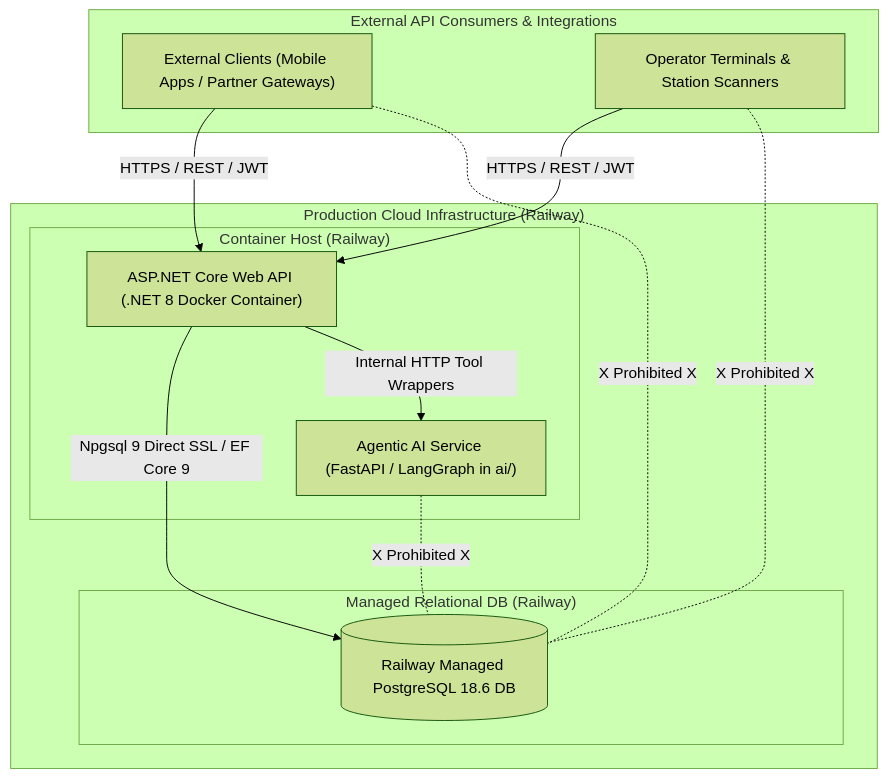
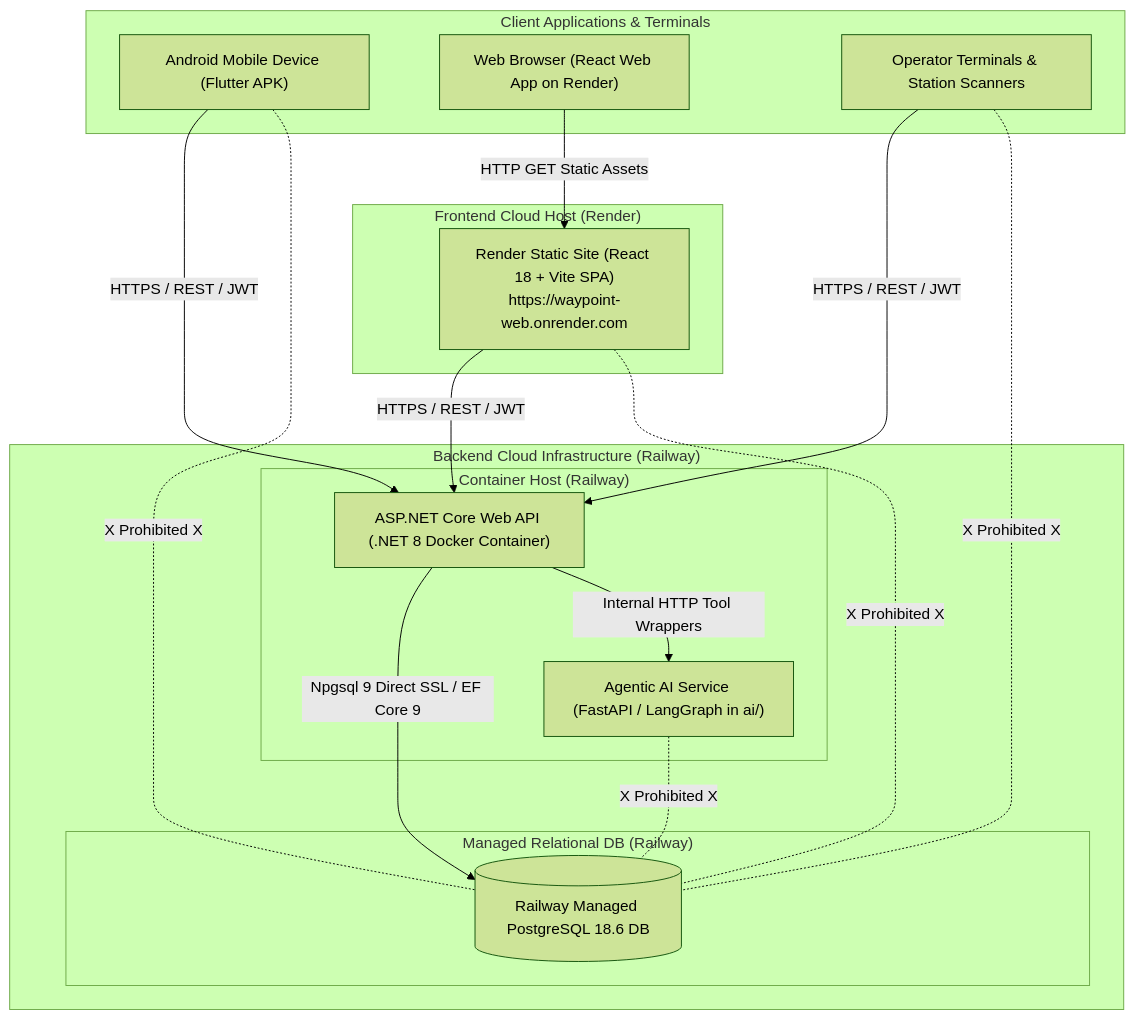
The diagram in docs/architecture/deployment-architecture.md (NuhadhMohomed/WayPoint), drawn with Mermaid (forest theme) before and after one commit. The commit also changed other lines of this file and 9 other files, not shown here.

````diff
--- a/docs/architecture/deployment-architecture.md
+++ b/docs/architecture/deployment-architecture.md
@@ -11,28 +11,36 @@
 ```mermaid
 graph TB
-    subgraph Consumers["External API Consumers & Integrations"]
-        ExtClients["External Clients (Mobile Apps / Partner Gateways)"]
+    subgraph ClientDevices["Client Applications & Terminals"]
+        MobileDevice["Android Mobile Device (Flutter APK)"]
+        Browser["Web Browser (React Web App on Render)"]
         Operators["Operator Terminals & Station Scanners"]
     end
 
-    subgraph CloudInfra["Production Cloud Infrastructure (Railway)"]
+    subgraph StaticHosting["Frontend Cloud Host (Render)"]
+        RenderStatic["Render Static Site (React 18 + Vite SPA)\nhttps://waypoint-web.onrender.com"]
+    end
+
+    subgraph CloudInfra["Backend Cloud Infrastructure (Railway)"]
         subgraph ContainerHosting["Container Host (Railway)"]
             APIApp["ASP.NET Core Web API (.NET 8 Docker Container)"]
             AIModule["Agentic AI Service (FastAPI / LangGraph in ai/)"]
         end
 
         subgraph ManagedDB["Managed Relational DB (Railway)"]
             PostgresCloud[(Railway Managed PostgreSQL 18.6 DB)]
         end
     end
 
-    ExtClients -->|HTTPS / REST / JWT| APIApp
+    Browser -->|HTTP GET Static Assets| RenderStatic
+    RenderStatic -->|HTTPS / REST / JWT| APIApp
+    MobileDevice -->|HTTPS / REST / JWT| APIApp
     Operators -->|HTTPS / REST / JWT| APIApp
     APIApp -->|Npgsql 9 Direct SSL / EF Core 9| PostgresCloud
     APIApp -->|Internal HTTP Tool Wrappers| AIModule
 
     %% No direct access
-    ExtClients -. X Prohibited X .- PostgresCloud
+    RenderStatic -. X Prohibited X .- PostgresCloud
+    MobileDevice -. X Prohibited X .- PostgresCloud
     Operators -. X Prohibited X .- PostgresCloud
     AIModule -. X Prohibited X .- PostgresCloud
 ```
````
